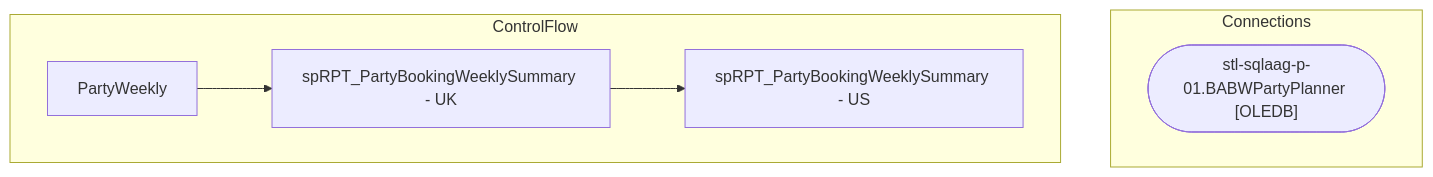
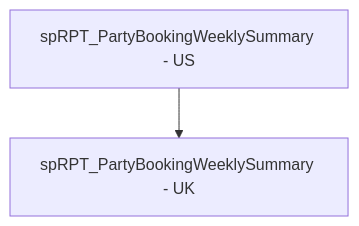
The diagram in bab-docs-explorer/Documentation/STL-SSIS-P-01/SSIS/SSIS/PartyReports.PartyWeekly.md (juanandresbrain/BABSkills), drawn with Mermaid before and after one commit. The commit also changed other lines of this file and 273 other files, not shown here.

````diff
--- a/bab-docs-explorer/Documentation/STL-SSIS-P-01/SSIS/SSIS/PartyReports.PartyWeekly.md
+++ b/bab-docs-explorer/Documentation/STL-SSIS-P-01/SSIS/SSIS/PartyReports.PartyWeekly.md
@@ -9,13 +30,6 @@
 ```mermaid
 flowchart TD
-    subgraph Connections
-        stl_sqlaag_p_01_BABWPartyPlanner_conn(["stl-sqlaag-p-01.BABWPartyPlanner [OLEDB]"])
-    end
-    subgraph ControlFlow
-        PartyWeekly_task["PartyWeekly"]
-        spRPT_PartyBookingWeeklySummary___UK_task["spRPT_PartyBookingWeeklySummary - UK"]
-        PartyWeekly_task --> spRPT_PartyBookingWeeklySummary___UK_task
-        spRPT_PartyBookingWeeklySummary___US_task["spRPT_PartyBookingWeeklySummary - US"]
-        spRPT_PartyBookingWeeklySummary___UK_task --> spRPT_PartyBookingWeeklySummary___US_task
-    end
+    n_Package_spRPT_PartyBookingWeeklySummary___UK["spRPT_PartyBookingWeeklySummary - UK"]
+    n_Package_spRPT_PartyBookingWeeklySummary___US["spRPT_PartyBookingWeeklySummary - US"]
+    n_Package_spRPT_PartyBookingWeeklySummary___US --> n_Package_spRPT_PartyBookingWeeklySummary___UK
 ```
````
